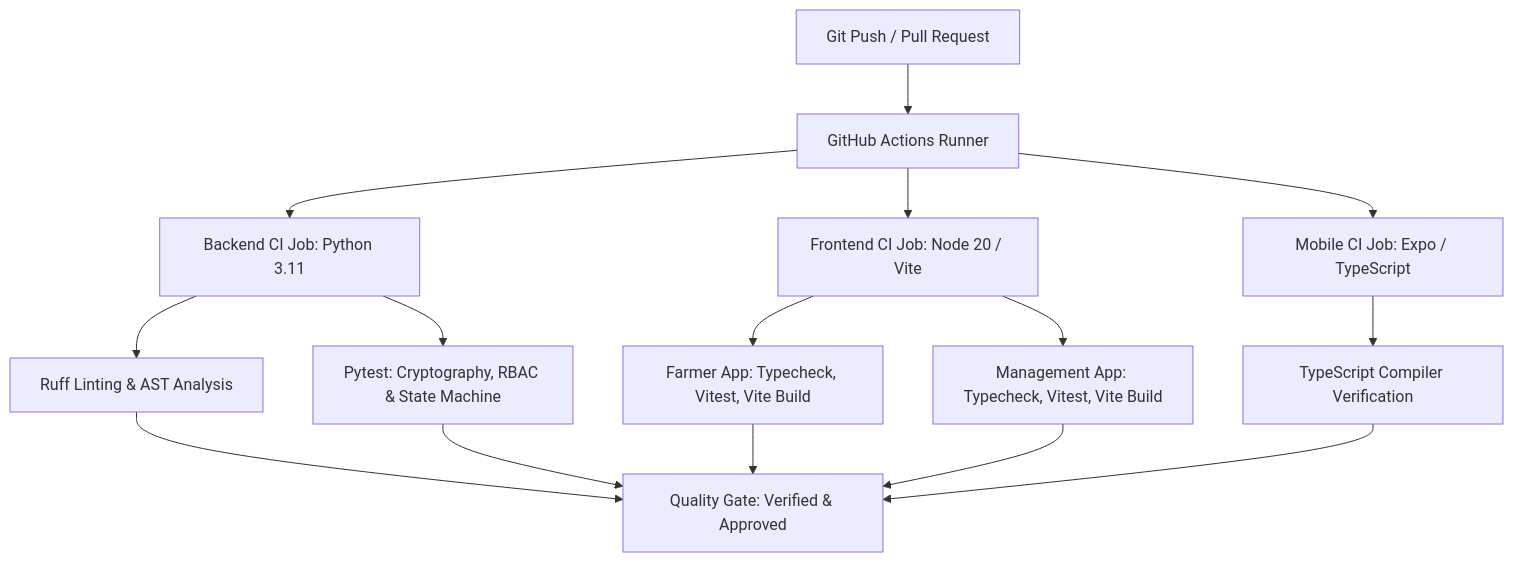
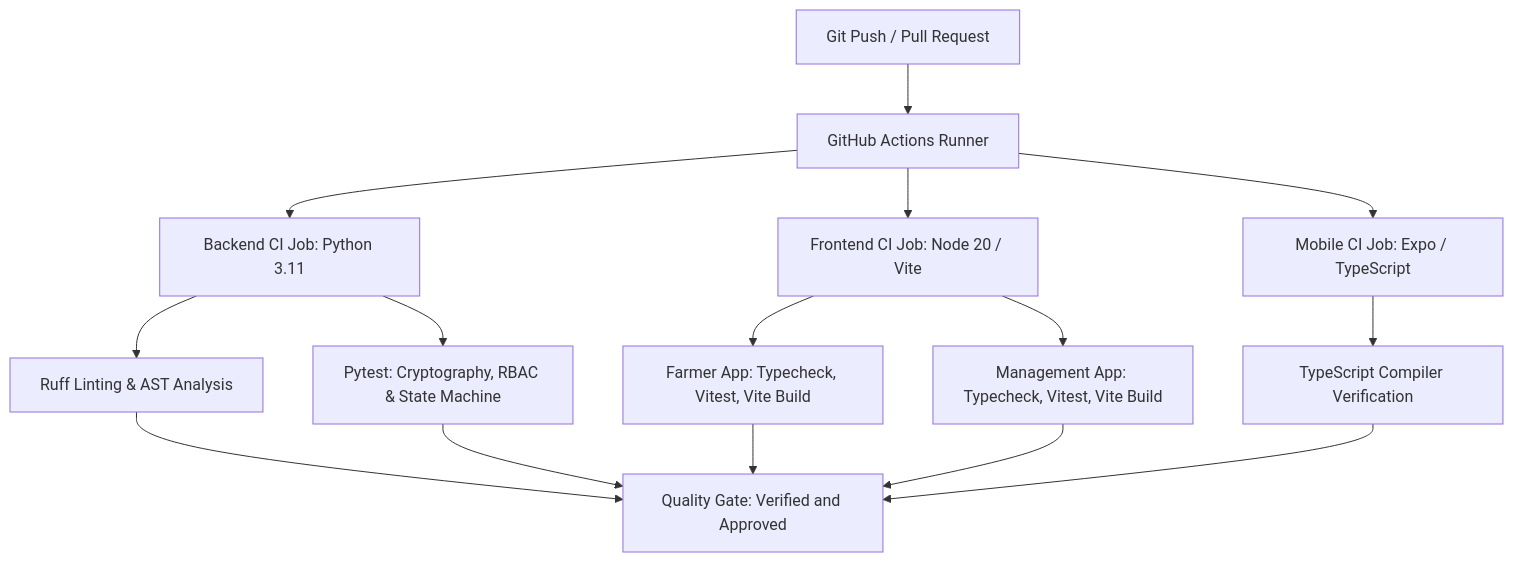
Before and after one commit to mugazhvan/cold-cipher-proc: the diagram in docs/TESTING_AND_VERIFICATION.md, drawn with Mermaid. The commit also changed 1 other file, not shown here.

Commit message:
fix(docs): resolve GitHub Mermaid diagram parse errors by removing statement-delimiter semicolons

````diff
--- a/docs/TESTING_AND_VERIFICATION.md
+++ b/docs/TESTING_AND_VERIFICATION.md
@@ -49,17 +49,21 @@
 ```mermaid
 graph TD
     A[Git Push / Pull Request] --> B[GitHub Actions Runner]
     B --> C[Backend CI Job: Python 3.11]
     B --> D[Frontend CI Job: Node 20 / Vite]
     B --> E[Mobile CI Job: Expo / TypeScript]
     
     C --> C1[Ruff Linting & AST Analysis]
     C --> C2[Pytest: Cryptography, RBAC & State Machine]
     
     D --> D1[Farmer App: Typecheck, Vitest, Vite Build]
     D --> D2[Management App: Typecheck, Vitest, Vite Build]
     
     E --> E1[TypeScript Compiler Verification]
     
-    C1 & C2 & D1 & D2 & E1 --> F[Quality Gate: Verified & Approved]
+    C1 --> F[Quality Gate: Verified and Approved]
+    C2 --> F
+    D1 --> F
+    D2 --> F
+    E1 --> F
 ```
````
